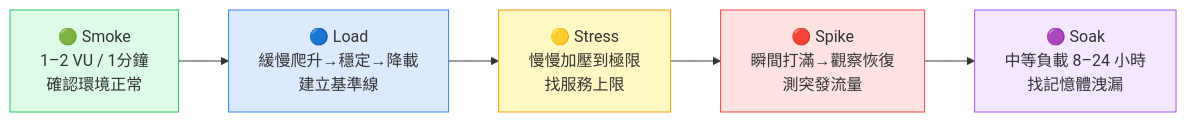
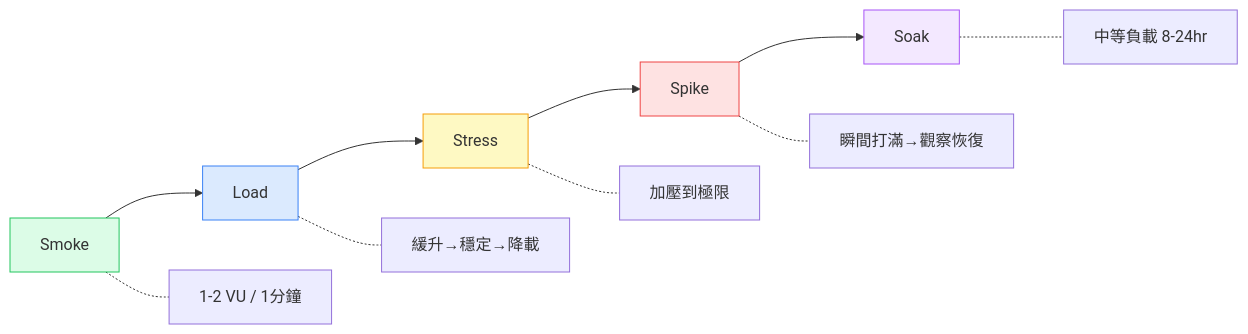
The first of 2 diagrams in docs/k6-article-revised.md (jimmyhong065/jimmy-hong-portfolio), drawn with Mermaid before and after one commit. The commit also changed other lines of this file and 28 other files, not shown here.

````diff
--- a/docs/k6-article-revised.md
+++ b/docs/k6-article-revised.md
@@ -43,14 +43,14 @@
 ```mermaid
 flowchart LR
-    SM["🟢 Smoke\n1–2 VU / 1分鐘\n確認環境正常"] --> LD
-    LD["🔵 Load\n緩慢爬升→穩定→降載\n建立基準線"] --> ST
-    ST["🟡 Stress\n慢慢加壓到極限\n找服務上限"] --> SK
-    SK["🔴 Spike\n瞬間打滿→觀察恢復\n測突發流量"] --> SK2
-    SK2["🟣 Soak\n中等負載 8–24 小時\n找記憶體洩漏"]
-
+    SM[Smoke] --> LD[Load] --> ST[Stress] --> SK[Spike] --> SK2[Soak]
+    SM -.- sm1[1-2 VU / 1分鐘]
+    LD -.- ld1[緩升→穩定→降載]
+    ST -.- st1[加壓到極限]
+    SK -.- sk1[瞬間打滿→觀察恢復]
+    SK2 -.- sk21[中等負載 8-24hr]
     style SM fill:#dcfce7,stroke:#22c55e
     style LD fill:#dbeafe,stroke:#3b82f6
     style ST fill:#fef9c3,stroke:#f59e0b
     style SK fill:#fee2e2,stroke:#ef4444
     style SK2 fill:#f3e8ff,stroke:#a855f7
 ```
````
